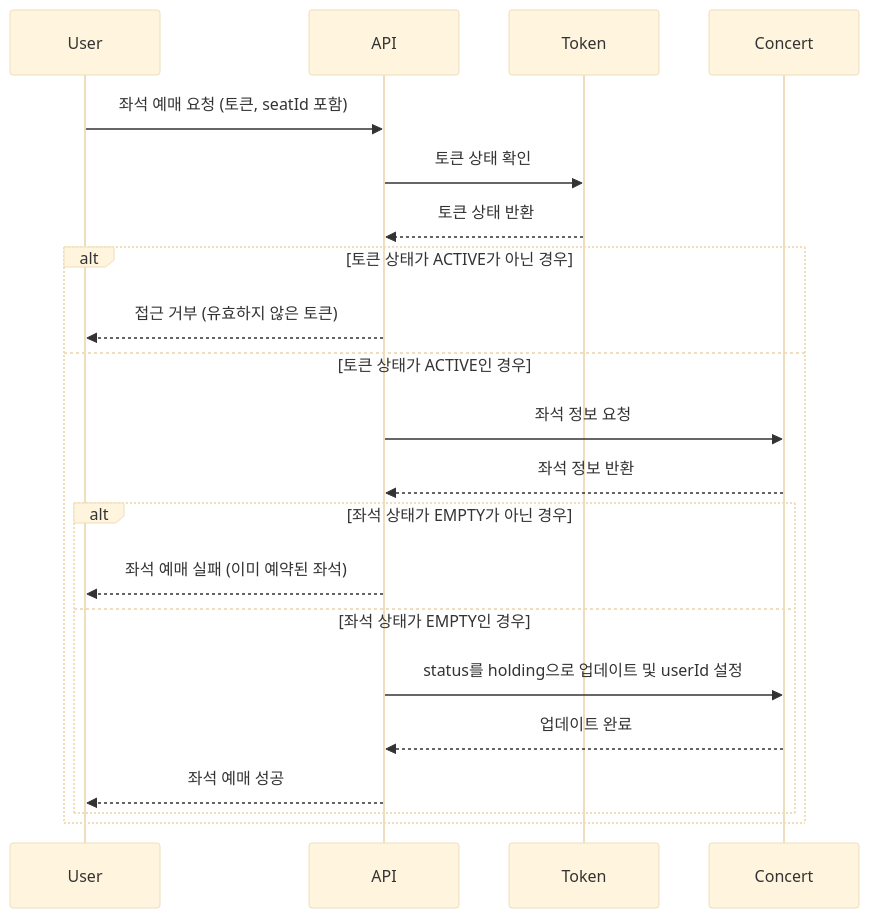
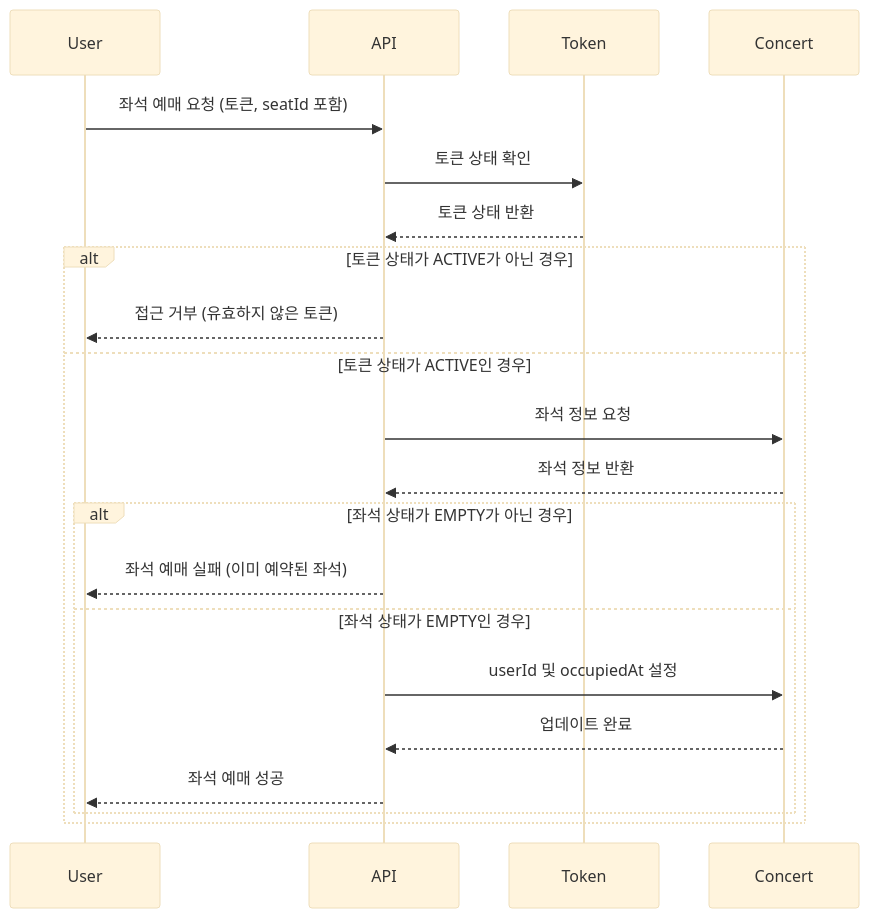
The fourth of 8 diagrams in week03_concert/README.md (JayHarrisonAhn/hhplus-assignment-tdd), drawn with Mermaid (base theme) before and after one commit. The commit also changed other lines of this file and 1 other file, not shown here.

Commit message:
docs: added erd

````diff
--- a/week03_concert/README.md
+++ b/week03_concert/README.md
@@ -88,24 +88,24 @@
 ```mermaid
 sequenceDiagram
     participant User as User
     participant API
     participant Token
     participant Concert
 
     User ->> API: 좌석 예매 요청 (토큰, seatId 포함)
     API ->> Token: 토큰 상태 확인
     Token -->> API: 토큰 상태 반환
     alt 토큰 상태가 ACTIVE가 아닌 경우
         API -->> User: 접근 거부 (유효하지 않은 토큰)
     else 토큰 상태가 ACTIVE인 경우
         API ->> Concert: 좌석 정보 요청
         Concert -->> API: 좌석 정보 반환
         alt 좌석 상태가 EMPTY가 아닌 경우
             API -->> User: 좌석 예매 실패 (이미 예약된 좌석)
         else 좌석 상태가 EMPTY인 경우
-            API ->> Concert: status를 holding으로 업데이트 및 userId 설정
+            API ->> Concert: userId 및 occupiedAt 설정
             Concert -->> API: 업데이트 완료
             API -->> User: 좌석 예매 성공
         end
     end
 ```
````
